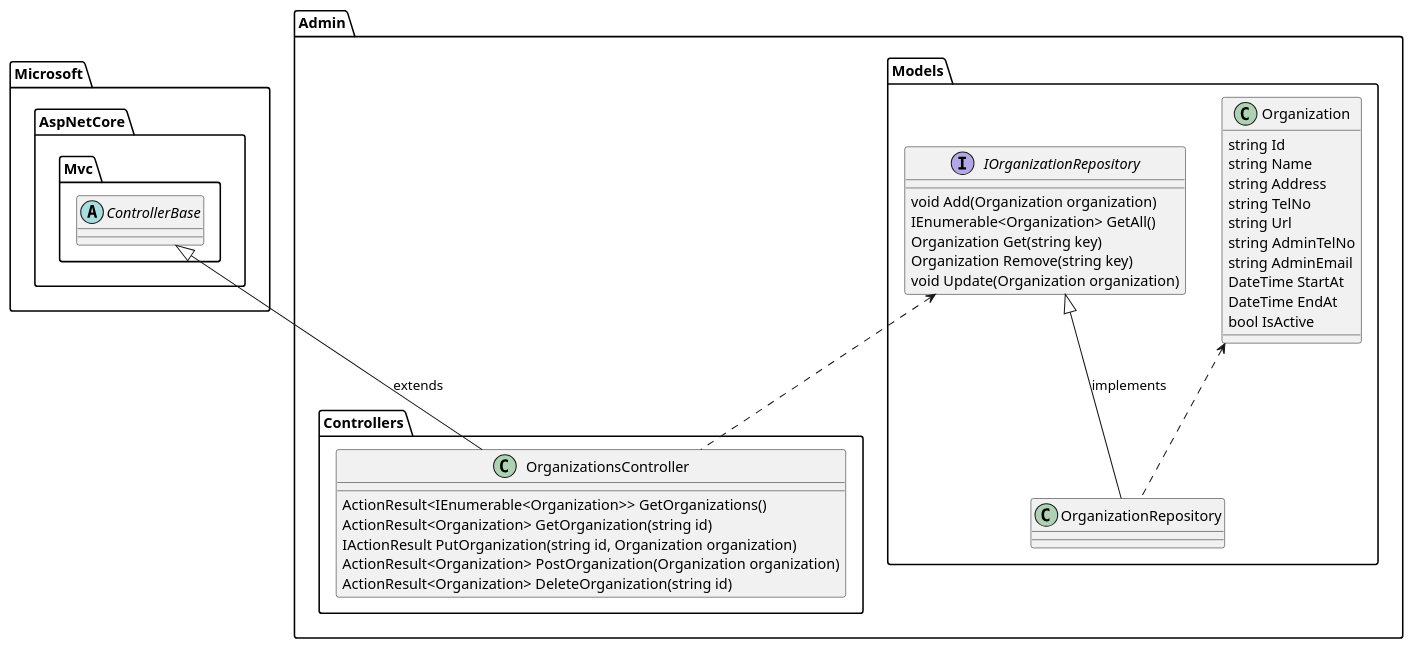
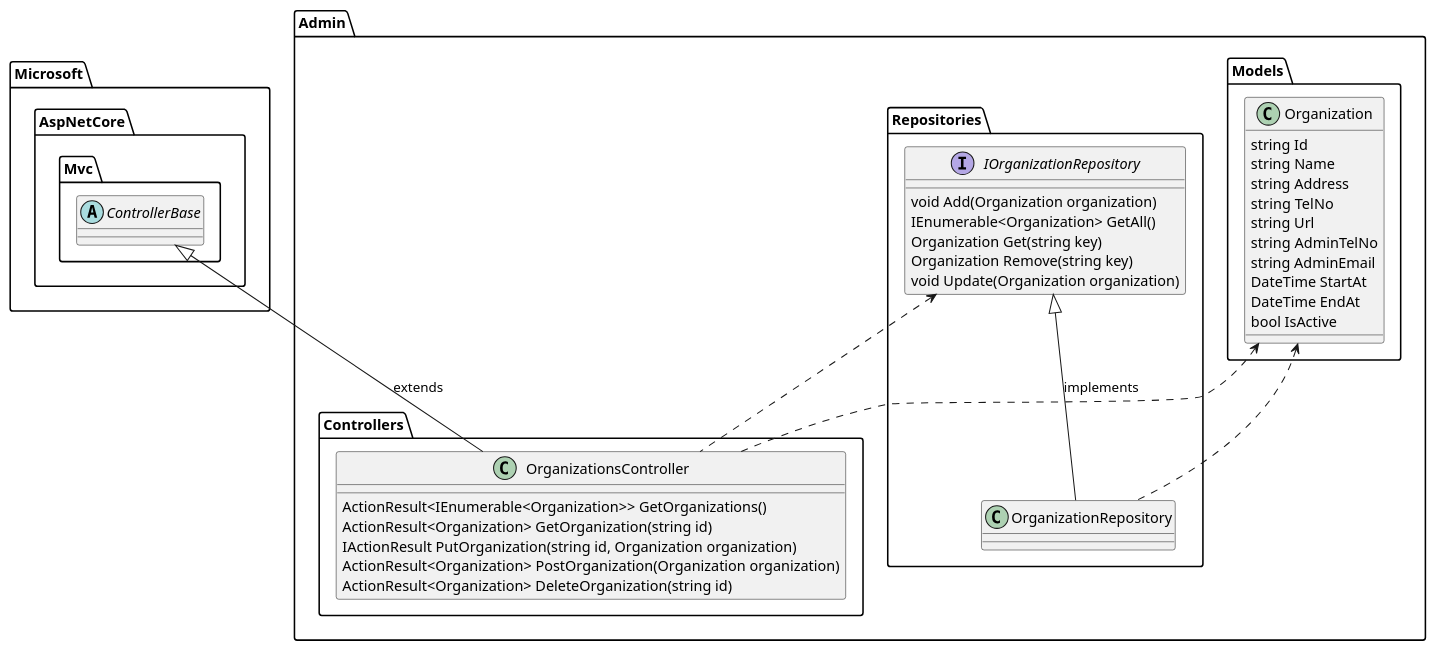
Before and after one commit to hugaohhh/JinCreek.Server: the diagram in Admin/Docs/Organization.puml, drawn with PlantUML.

Commit message:
update class diagram

```diff
--- a/Admin/Docs/Organization.puml
+++ b/Admin/Docs/Organization.puml
@@ -5,39 +5,41 @@
 @startuml
 
 abstract class Microsoft.AspNetCore.Mvc.ControllerBase
 
 class Admin.Controllers.OrganizationsController {
     ActionResult<IEnumerable<Organization>> GetOrganizations()
     ActionResult<Organization> GetOrganization(string id)
     IActionResult PutOrganization(string id, Organization organization)
     ActionResult<Organization> PostOrganization(Organization organization)
     ActionResult<Organization> DeleteOrganization(string id)
 }
 
 class Admin.Models.Organization {
     string Id
     string Name
     string Address
     string TelNo
     string Url
     string AdminTelNo
     string AdminEmail
     DateTime StartAt
     DateTime EndAt
     bool IsActive
 }
 
-interface Admin.Models.IOrganizationRepository {
+interface Admin.Repositories.IOrganizationRepository {
     void Add(Organization organization)
     IEnumerable<Organization> GetAll()
     Organization Get(string key)
     Organization Remove(string key)
     void Update(Organization organization)
 }
 
-Admin.Models.IOrganizationRepository <|-- Admin.Models.OrganizationRepository : implements
+Admin.Repositories.IOrganizationRepository <|-- Admin.Repositories.OrganizationRepository : implements
 Microsoft.AspNetCore.Mvc.ControllerBase <|-- Admin.Controllers.OrganizationsController : extends
-Admin.Models.IOrganizationRepository <.. Admin.Controllers.OrganizationsController
-Admin.Models.Organization <.. Admin.Models.OrganizationRepository
+Admin.Repositories.IOrganizationRepository <.. Admin.Controllers.OrganizationsController
+Admin.Models.Organization <.. Admin.Repositories.OrganizationRepository
+Admin.Models.Organization <.. Admin.Controllers.OrganizationsController
+
 
 @enduml
```
